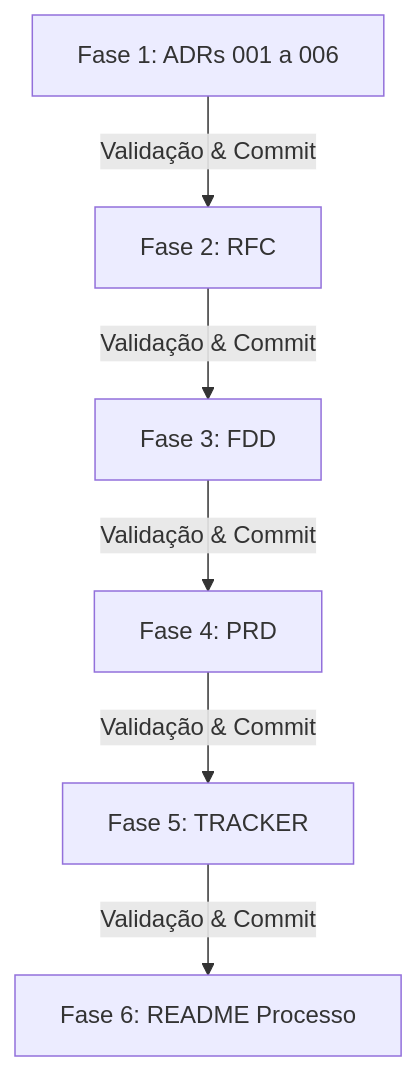
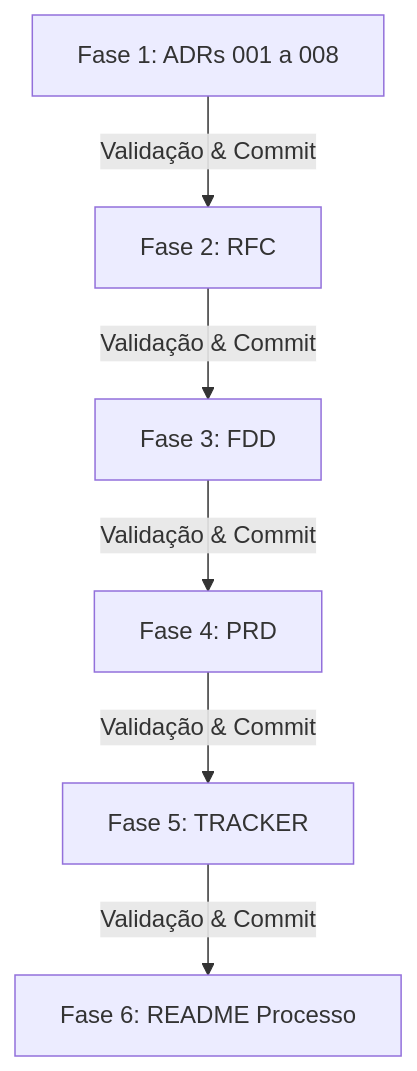
The diagram in README.md (Junior-Sousa/fullcycle-mba-ia-desafio-design-docs-com-ia), drawn with Mermaid before and after one commit. The commit also changed other lines of this file and 4 other files, not shown here.

````diff
--- a/README.md
+++ b/README.md
@@ -26,8 +26,8 @@
 ```mermaid
 graph TD
-    Step1[Fase 1: ADRs 001 a 006] -->|Validação & Commit| Step2[Fase 2: RFC]
+    Step1[Fase 1: ADRs 001 a 008] -->|Validação & Commit| Step2[Fase 2: RFC]
     Step2 -->|Validação & Commit| Step3[Fase 3: FDD]
     Step3 -->|Validação & Commit| Step4[Fase 4: PRD]
     Step4 -->|Validação & Commit| Step5[Fase 5: TRACKER]
     Step5 -->|Validação & Commit| Step6[Fase 6: README Processo]
 ```
````
